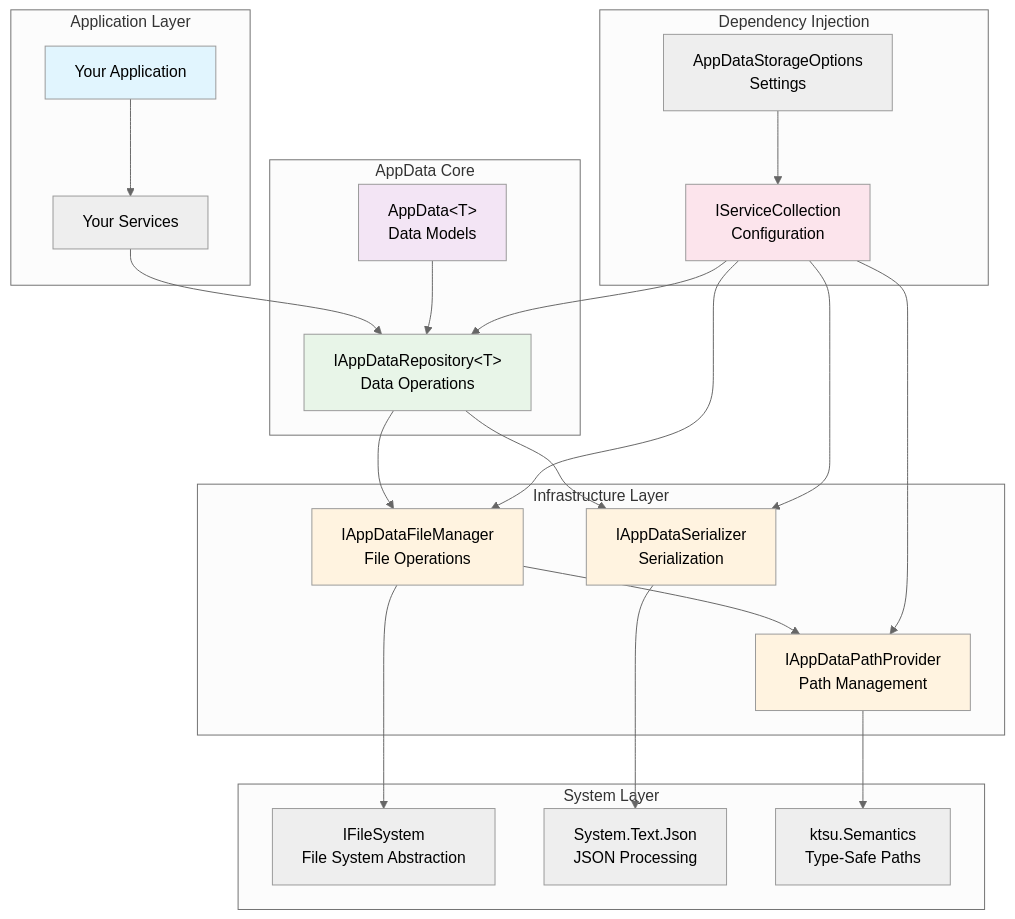
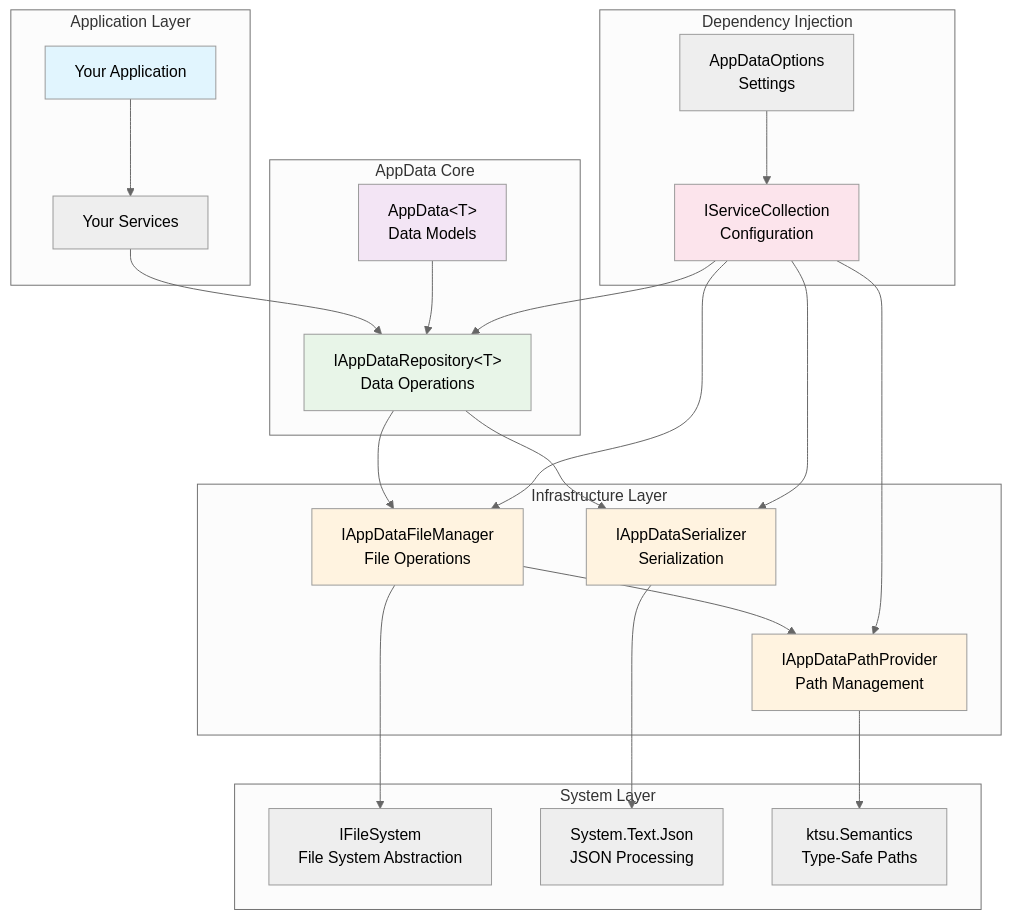
Before and after one commit to ktsu-dev/AppData: the first of 3 diagrams in docs/ARCHITECTURE.md, drawn with Mermaid (neutral theme). The commit also changed other lines of this file and 5 other files, not shown here.

First line of the commit message:
Update DESCRIPTION.md and TAGS.md for AppData library

````diff
--- a/docs/ARCHITECTURE.md
+++ b/docs/ARCHITECTURE.md
@@ -52,52 +52,52 @@
 ```mermaid
 graph TB
     subgraph "Application Layer"
         APP[Your Application]
         SVC[Your Services]
     end
     
     subgraph "AppData Core"
         MODEL[AppData&lt;T&gt;<br/>Data Models]
         REPO[IAppDataRepository&lt;T&gt;<br/>Data Operations]
     end
     
     subgraph "Infrastructure Layer"
         FM[IAppDataFileManager<br/>File Operations]
         SER[IAppDataSerializer<br/>Serialization]
         PP[IAppDataPathProvider<br/>Path Management]
     end
     
     subgraph "System Layer"
         FS[IFileSystem<br/>File System Abstraction]
         JSON[System.Text.Json<br/>JSON Processing]
         PATHS[ktsu.Semantics<br/>Type-Safe Paths]
     end
     
     subgraph "Dependency Injection"
         DI[IServiceCollection<br/>Configuration]
-        OPTS[AppDataStorageOptions<br/>Settings]
+        OPTS[AppDataOptions<br/>Settings]
     end
     
     APP --> SVC
     SVC --> REPO
     MODEL --> REPO
     REPO --> FM
     REPO --> SER
     FM --> PP
     FM --> FS
     SER --> JSON
     PP --> PATHS
     DI --> REPO
     DI --> FM
     DI --> SER
     DI --> PP
     OPTS --> DI
     
     style APP fill:#e1f5fe
     style MODEL fill:#f3e5f5
     style REPO fill:#e8f5e8
     style FM fill:#fff3e0
     style SER fill:#fff3e0
     style PP fill:#fff3e0
     style DI fill:#fce4ec
 ```
````
